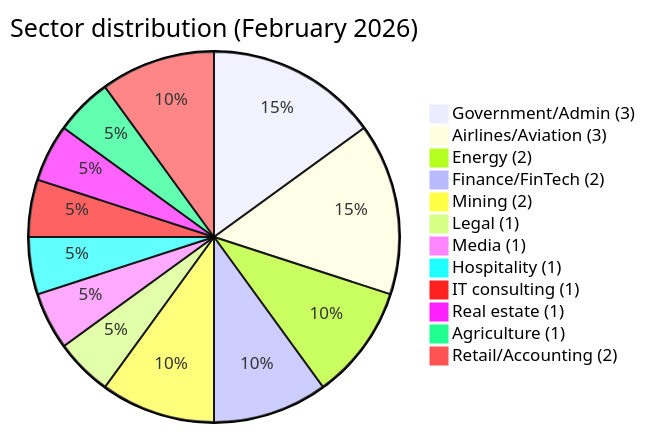
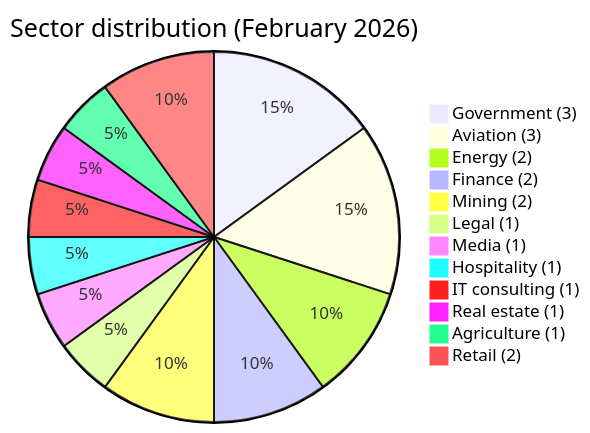
One commit to Hatchepsoute/AFRINTEL changed the third of 3 diagrams in CyberAttackAfrica/2026/02-february/README.md. Above: the diagram before and after it, drawn with Mermaid. The commit also changed 28 other files, not shown here.

````diff
--- a/CyberAttackAfrica/2026/02-february/README.md
+++ b/CyberAttackAfrica/2026/02-february/README.md
@@ -244,16 +244,16 @@
 ```mermaid
 pie
  title Sector distribution (February 2026)
- "Government/Admin (3)" : 3
- "Airlines/Aviation (3)" : 3
+ "Government (3)" : 3
+ "Aviation (3)" : 3
  "Energy (2)" : 2
- "Finance/FinTech (2)" : 2
+ "Finance (2)" : 2
  "Mining (2)" : 2
  "Legal (1)" : 1
  "Media (1)" : 1
  "Hospitality (1)" : 1
  "IT consulting (1)" : 1
  "Real estate (1)" : 1
  "Agriculture (1)" : 1
- "Retail/Accounting (2)" : 2
+ "Retail (2)" : 2
 ```
````
